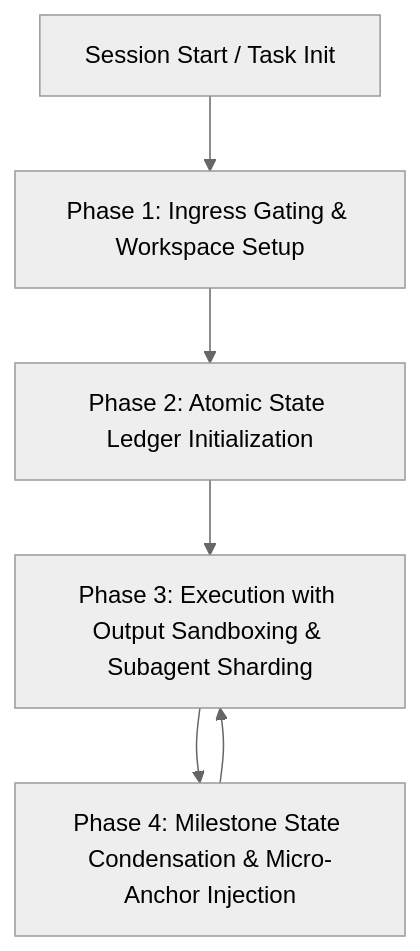
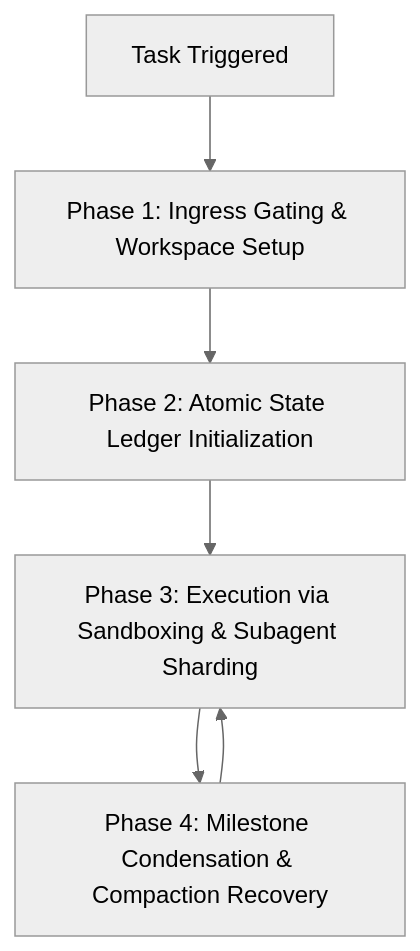
The diagram in skills/leanctx/SKILL.md (akshayskhurd/agent-skills), drawn with Mermaid (neutral theme) before and after one commit. The commit also changed other lines of this file and 8 other files, not shown here.

Commit message:
fix(leanctx): address architectural feedback, add rehydration, smart error discovery, and session isolation

````diff
--- a/skills/leanctx/SKILL.md
+++ b/skills/leanctx/SKILL.md
@@ -49,8 +68,8 @@
 ```mermaid
 flowchart TD
-    A["Session Start / Task Init"] --> B["Phase 1: Ingress Gating & Workspace Setup"]
+    A["Task Triggered"] --> B["Phase 1: Ingress Gating & Workspace Setup"]
     B --> C["Phase 2: Atomic State Ledger Initialization"]
-    C --> D["Phase 3: Execution with Output Sandboxing & Subagent Sharding"]
-    D --> E["Phase 4: Milestone State Condensation & Micro-Anchor Injection"]
+    C --> D["Phase 3: Execution via Sandboxing & Subagent Sharding"]
+    D --> E["Phase 4: Milestone Condensation & Compaction Recovery"]
     E --> D
 ```
````
